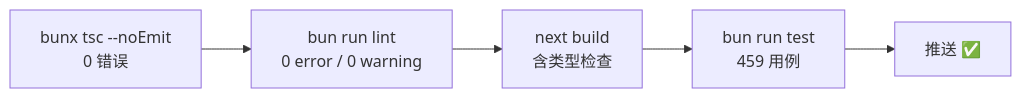
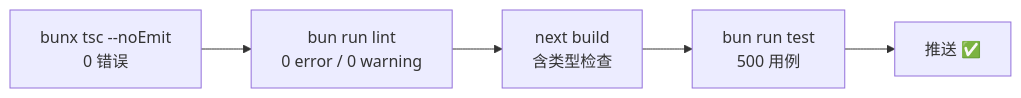
The diagram in docs/developer/07-testing-quality.md (YYC-Cube/YYC3-Baby-MoYu), drawn with Mermaid before and after one commit. The commit also changed other lines of this file and 3 other files, not shown here.

````diff
--- a/docs/developer/07-testing-quality.md
+++ b/docs/developer/07-testing-quality.md
@@ -5,4 +5,4 @@
 ```mermaid
 flowchart LR
-    T["bunx tsc --noEmit<br/>0 错误"] --> L["bun run lint<br/>0 error / 0 warning"] --> B["next build<br/>含类型检查"] --> U["bun run test<br/>459 用例"] --> P["推送 ✅"]
+    T["bunx tsc --noEmit<br/>0 错误"] --> L["bun run lint<br/>0 error / 0 warning"] --> B["next build<br/>含类型检查"] --> U["bun run test<br/>500 用例"] --> P["推送 ✅"]
 ```
````
